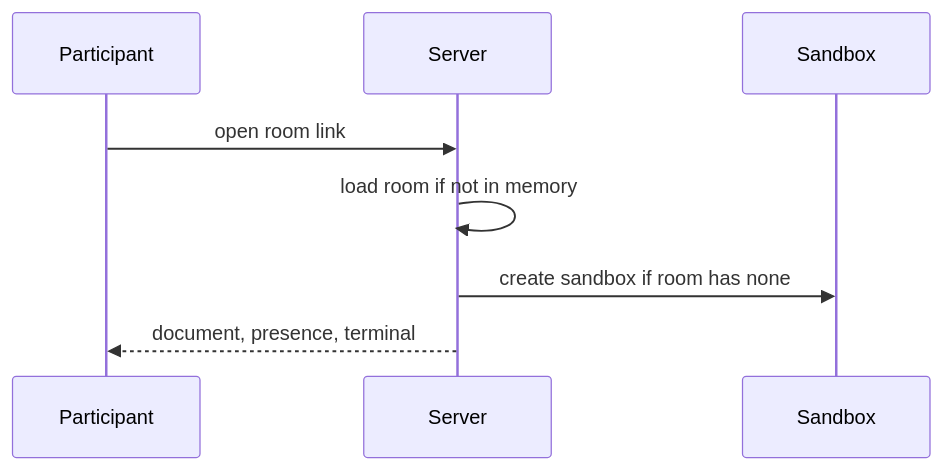
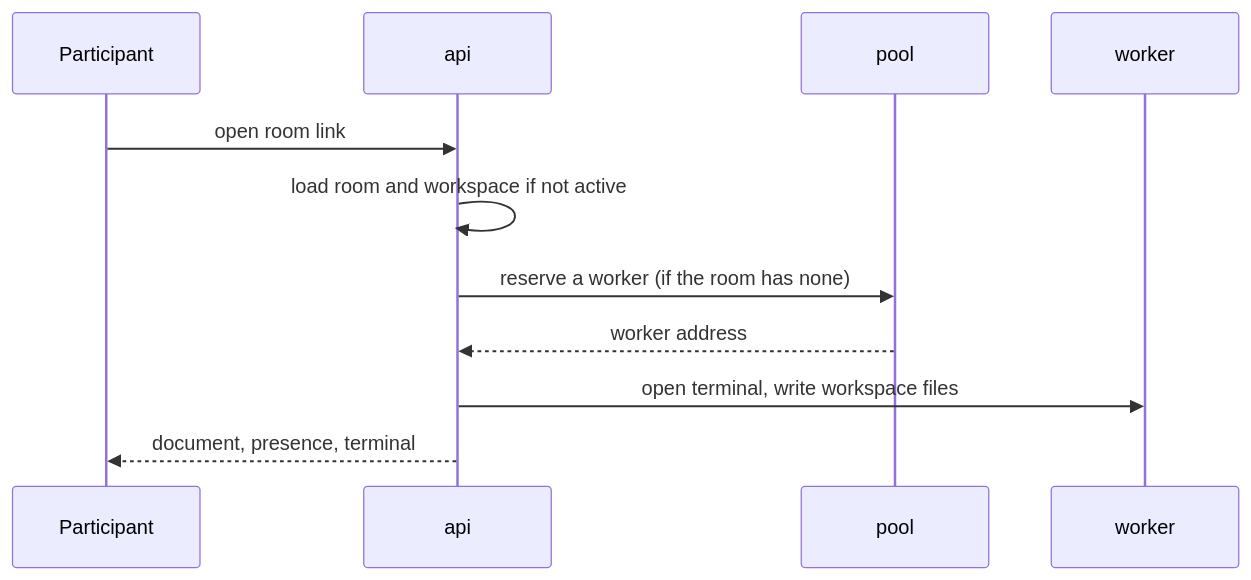
One commit to zikous/pairbox changed the third of 4 diagrams in DESIGN.md. Above: the diagram before and after it, drawn with Mermaid. The commit also changed other lines of this file, not shown here.

Commit message:
Redesign around services: web, api, pool, workers and Postgres

````diff
--- a/DESIGN.md
+++ b/DESIGN.md
@@ -101,10 +100,13 @@
 ```mermaid
 sequenceDiagram
     participant P as Participant
-    participant S as Server
-    participant X as Sandbox
-    P->>S: open room link
-    S->>S: load room if not in memory
-    S->>X: create sandbox if room has none
-    S-->>P: document, presence, terminal
+    participant A as api
+    participant L as pool
+    participant W as worker
+    P->>A: open room link
+    A->>A: load room and workspace if not active
+    A->>L: reserve a worker (if the room has none)
+    L-->>A: worker address
+    A->>W: open terminal, write workspace files
+    A-->>P: document, presence, terminal
 ```
````
